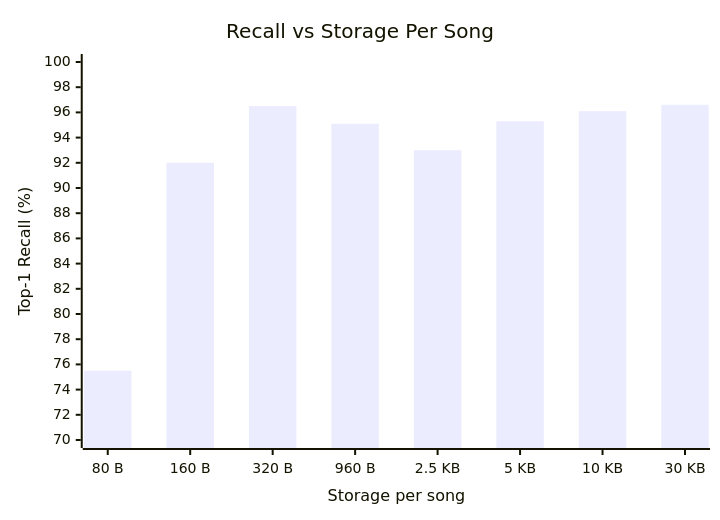
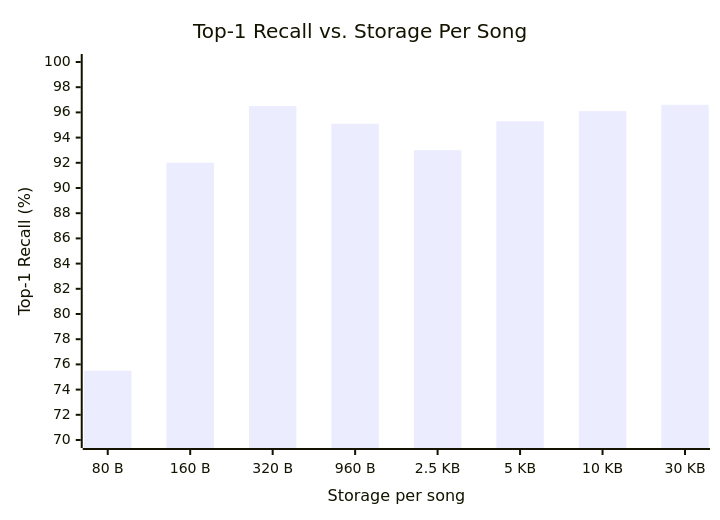
The third of 4 diagrams in PAPER.md (alainbrown/musicprint), drawn with Mermaid before and after one commit. The commit also changed other lines of this file, not shown here.

````diff
--- a/PAPER.md
+++ b/PAPER.md
@@ -138,7 +168,7 @@
 ```mermaid
 xychart-beta
-    title "Recall vs Storage Per Song"
+    title "Top-1 Recall vs. Storage Per Song"
     x-axis "Storage per song" ["80 B", "160 B", "320 B", "960 B", "2.5 KB", "5 KB", "10 KB", "30 KB"]
     y-axis "Top-1 Recall (%)" 70 --> 100
     bar [75.5, 92.0, 96.5, 95.1, 93.0, 95.3, 96.1, 96.6]
 ```
````
